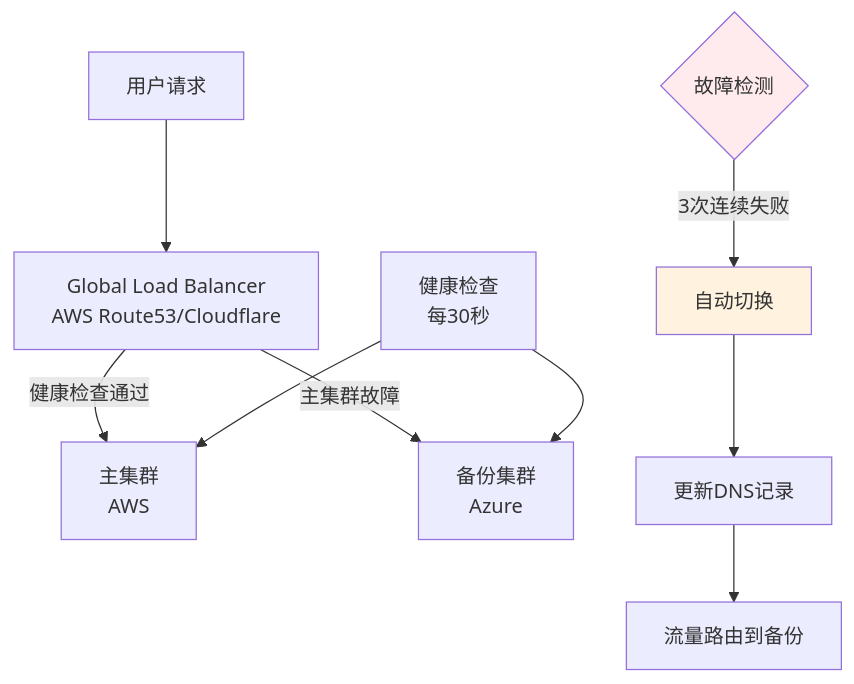
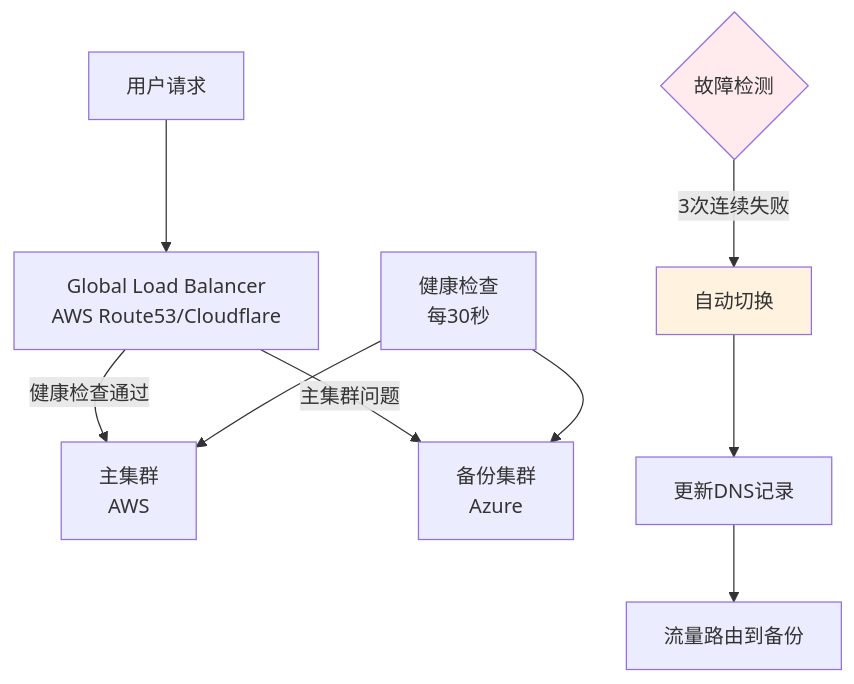
One commit to kudig-io/kudig-database changed the ninth of 11 diagrams in domain-17-system-foundation/topic-dictionary/multi-cloud/multi-cloud-operations.md. Above: the diagram before and after it, drawn with Mermaid. The commit also changed other lines of this file and 1236 other files, not shown here.

````diff
--- a/domain-17-system-foundation/topic-dictionary/multi-cloud/multi-cloud-operations.md
+++ b/domain-17-system-foundation/topic-dictionary/multi-cloud/multi-cloud-operations.md
@@ -3482,17 +3482,17 @@
 ```mermaid
 graph TB
     A[用户请求] --> B[Global Load Balancer<br/>AWS Route53/Cloudflare]
     
     B -->|健康检查通过| C[主集群<br/>AWS]
-    B -->|主集群故障| D[备份集群<br/>Azure]
+    B -->|主集群问题| D[备份集群<br/>Azure]
     
     E[健康检查<br/>每30秒] --> C
     E --> D
     
     F{故障检测} -->|3次连续失败| G[自动切换]
     G --> H[更新DNS记录]
     H --> I[流量路由到备份]
     
     style F fill:#ffebee
     style G fill:#fff3e0
 ```
````
